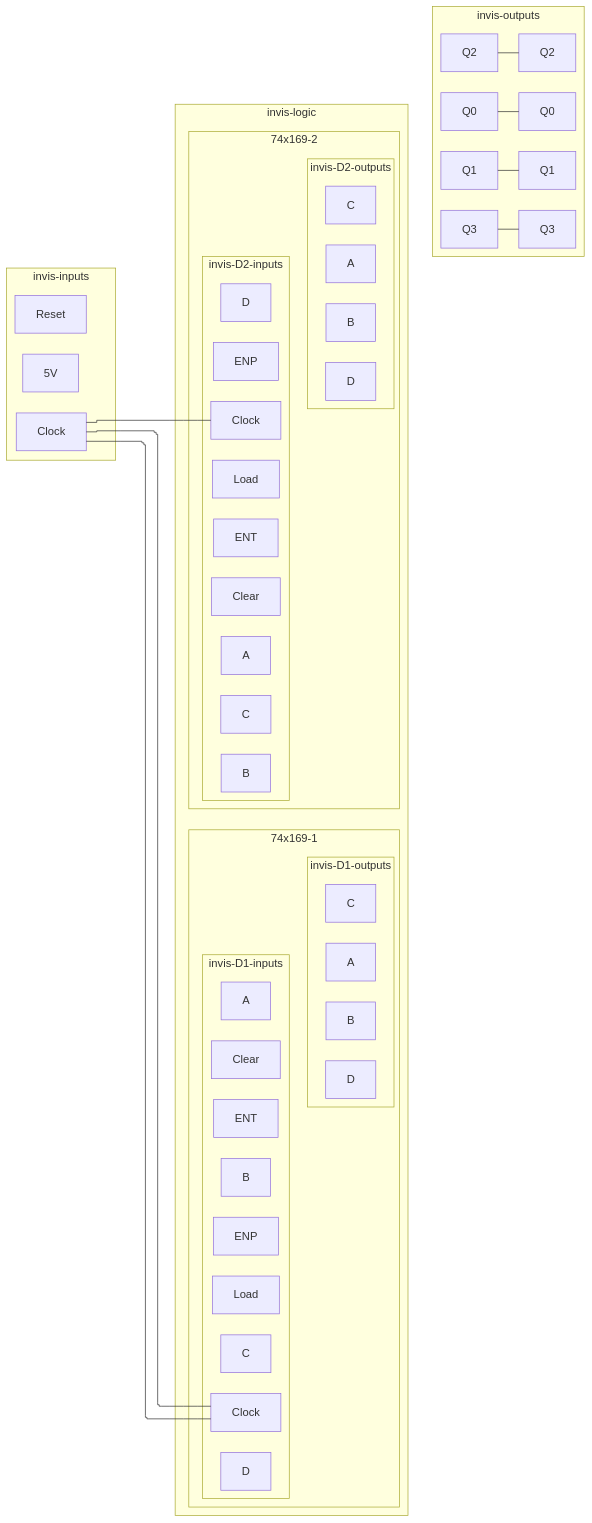
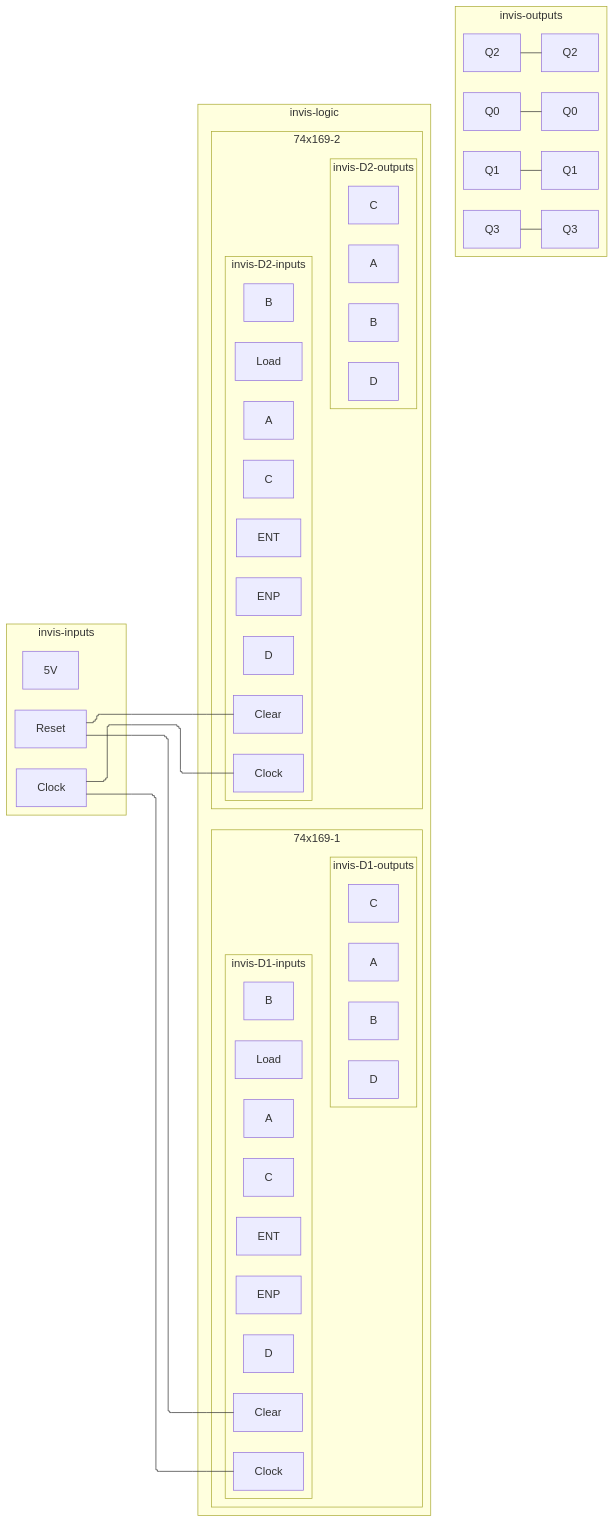
One commit to tnichols217/notes changed the seventh of 7 diagrams in CSDS 281 - Logic Design/HW/8/Tables.md. Above: the diagram before and after it, drawn with Mermaid.

Commit message:
vault backup: 2024-04-05 01:29:51

````diff
--- a/CSDS 281 - Logic Design/HW/8/Tables.md
+++ b/CSDS 281 - Logic Design/HW/8/Tables.md
@@ -327,62 +327,63 @@
 ```mermaid
 %%{ init: { 'flowchart': { 'curve': 'stepBefore', "defaultRenderer": "elk" } } }%%
 flowchart LR
 subgraph invis-inputs
 	Clock
 	5V
 	Reset
 end
 subgraph invis-logic
 	subgraph 74x169-1
 		subgraph invis-D1-inputs
 			D1c[Clock]
 			D1CLR[Clear]
 			D1LD[Load]
 			D1ENP[ENP]
 			D1ENT[ENT]
 			D1A[A]
 			D1B[B]
 			D1C[C]
 			D1D[D]
 		end
 		Clock --- D1c
-		Clock --- D1c
+		Reset --- D1CLR
 		subgraph invis-D1-outputs
 			Q1A[A]
 			Q1B[B]
 			Q1C[C]
 			Q1D[D]
 		end
 		invis-D1-inputs ~~~ invis-D1-outputs
 	end
 	subgraph 74x169-2
 		subgraph invis-D2-inputs
 			D2c[Clock]
 			D2CLR[Clear]
 			D2LD[Load]
 			D2ENP[ENP]
 			D2ENT[ENT]
 			D2A[A]
 			D2B[B]
 			D2C[C]
 			D2D[D]
 		end
 		Clock --- D2c
+		Reset --- D2CLR
 		subgraph invis-D2-outputs
 			Q2A[A]
 			Q2B[B]
 			Q2C[C]
 			Q2D[D]
 		end
 		invis-D2-inputs ~~~ invis-D2-outputs
 	end
 	
 end
 subgraph invis-outputs
 	Q0 --- Q0O[Q0]
 	Q1 --- Q1O[Q1]
 	Q2 --- Q2O[Q2]
 	Q3 --- Q3O[Q3]
 end
 invis-inputs ~~~ invis-logic ~~~ invis-outputs
 ```
````
